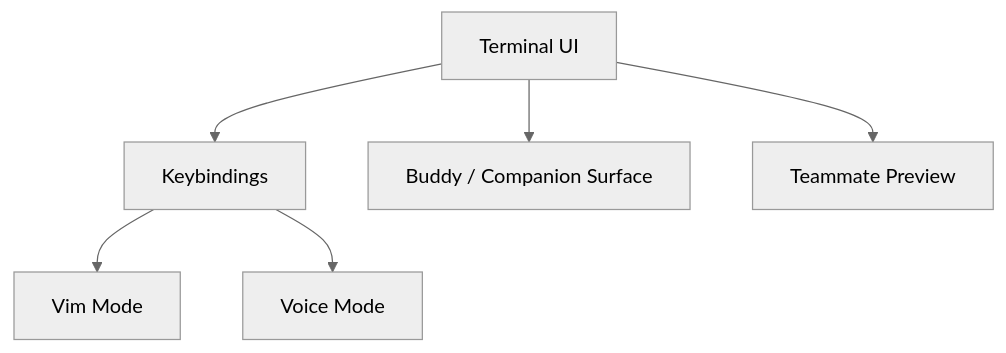
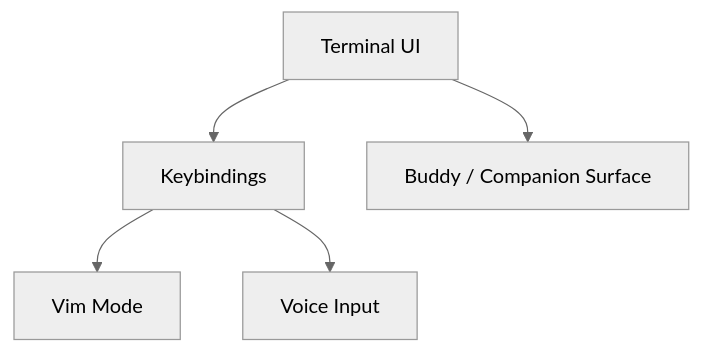
The diagram in MODULES/04-buddy-voice-vim-and-terminal-ui/SIMPLE/README.md (Boulea7/ClaudeCode-Source-DeepDive), drawn with Mermaid (neutral theme) before and after one commit. The commit also changed other lines of this file and 66 other files, not shown here.

````diff
--- a/MODULES/04-buddy-voice-vim-and-terminal-ui/SIMPLE/README.md
+++ b/MODULES/04-buddy-voice-vim-and-terminal-ui/SIMPLE/README.md
@@ -7,8 +9,7 @@
 ```mermaid
 flowchart TD
     A[Terminal UI] --> B[Keybindings]
     B --> C[Vim Mode]
-    B --> D[Voice Mode]
+    B --> D[Voice Input]
     A --> E[Buddy / Companion Surface]
-    A --> F[Teammate Preview]
 ```
````
